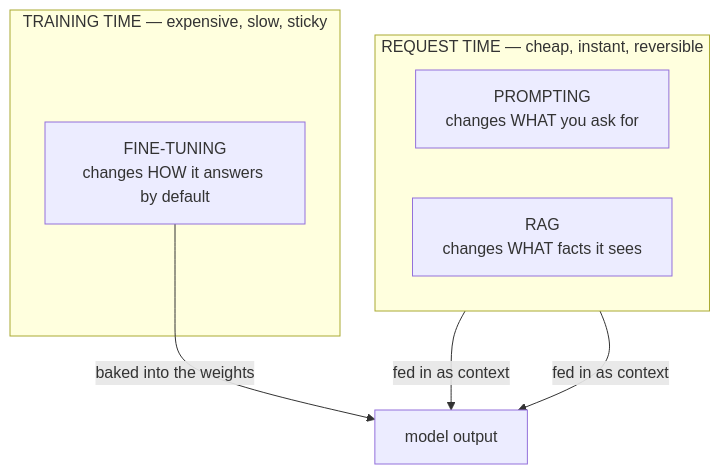
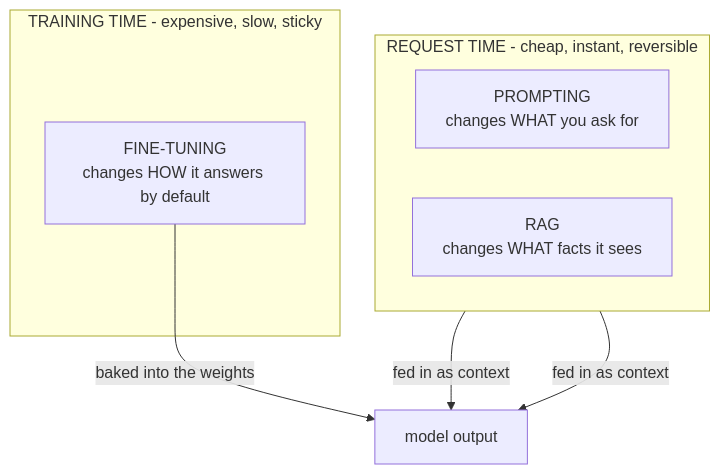
The diagram in guides/ai-ml/fine-tuning-vs-prompting/01-three-ways-to-steer-a-model.md (Topurrra/themissingmanual), drawn with Mermaid before and after one commit. The commit also changed other lines of this file and 1009 other files, not shown here.

````diff
--- a/guides/ai-ml/fine-tuning-vs-prompting/01-three-ways-to-steer-a-model.md
+++ b/guides/ai-ml/fine-tuning-vs-prompting/01-three-ways-to-steer-a-model.md
@@ -29,14 +29,14 @@
 ```mermaid
 flowchart TD
-  subgraph RT["REQUEST TIME — cheap, instant, reversible"]
+  subgraph RT["REQUEST TIME - cheap, instant, reversible"]
     direction LR
     P["PROMPTING<br/>changes WHAT you ask for"]
     R["RAG<br/>changes WHAT facts it sees"]
   end
-  subgraph TT["TRAINING TIME — expensive, slow, sticky"]
+  subgraph TT["TRAINING TIME - expensive, slow, sticky"]
     F["FINE-TUNING<br/>changes HOW it answers by default"]
   end
   P -->|fed in as context| OUT[model output]
   R -->|fed in as context| OUT
   F -->|baked into the weights| OUT
 ```
````
